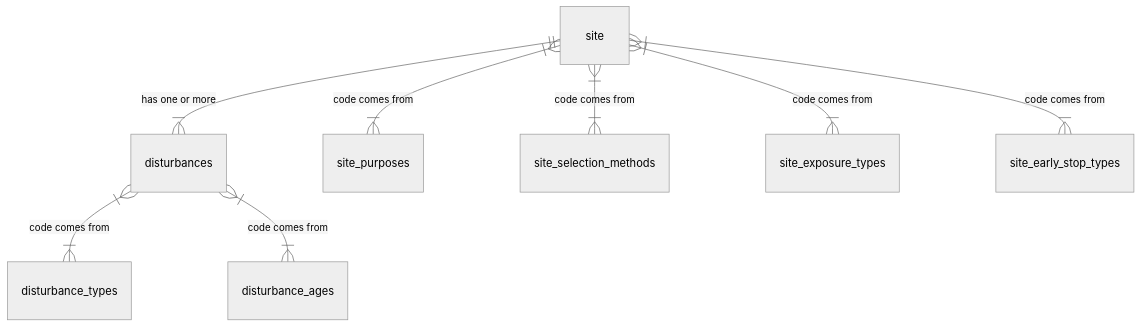
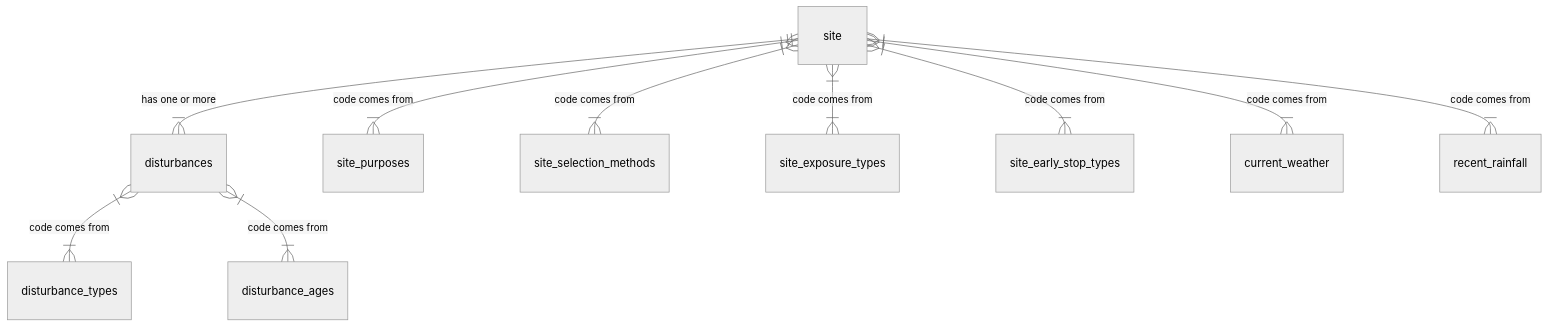
One commit to manaakiwhenua/NZ_soildesc_2024 changed the fourth of 25 diagrams in ap_03_database_design.qmd. Above: the diagram before and after it, drawn with Mermaid (neutral theme). The commit also changed other lines of this file, not shown here.

Commit message:
missing code tables

````diff
--- a/ap_03_database_design.qmd
+++ b/ap_03_database_design.qmd
@@ -302,15 +301,16 @@
 ```{mermaid}
 %%| fig-cap: "Site - Overview"
 
 %%{ init: { 'er': { 'layoutDirection': 'LR' } } }%%
 erDiagram
   site ||--|{ disturbances : "has one or more"
   disturbances }|--|{ disturbance_types : "code comes from"
   disturbances }|--|{ disturbance_ages : "code comes from"
   site }|--|{ site_purposes : "code comes from"
   site }|--|{ site_selection_methods : "code comes from"
   site }|--|{ site_exposure_types : "code comes from"
   site }|--|{ site_early_stop_types : "code comes from"
-  
+  site }|--|{ current_weather : "code comes from"
+  site }|--|{ recent_rainfall : "code comes from"
 
 ```
````
